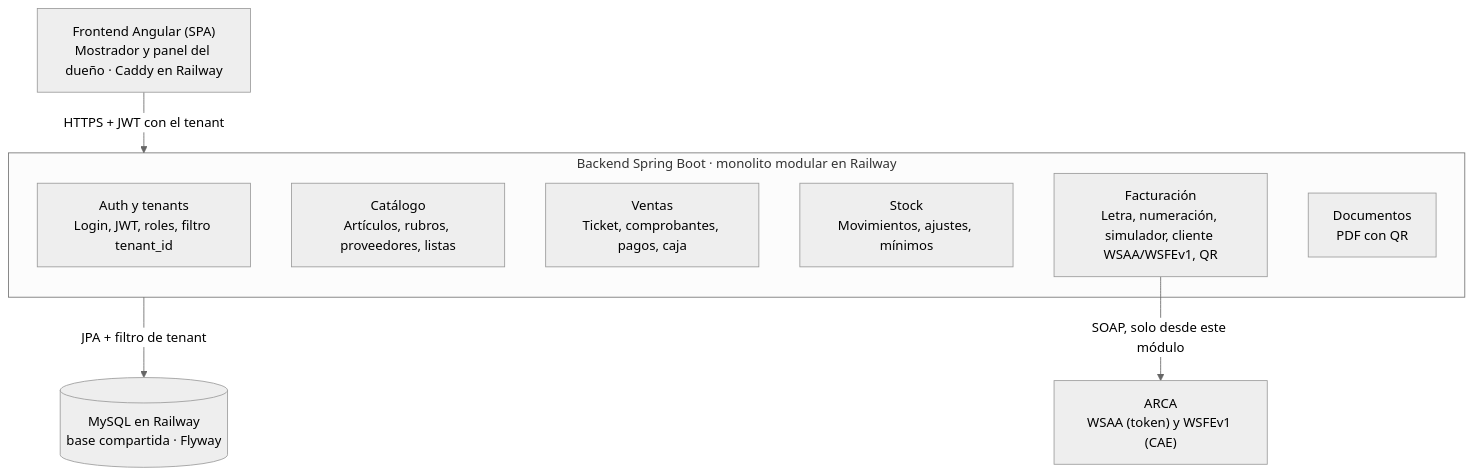
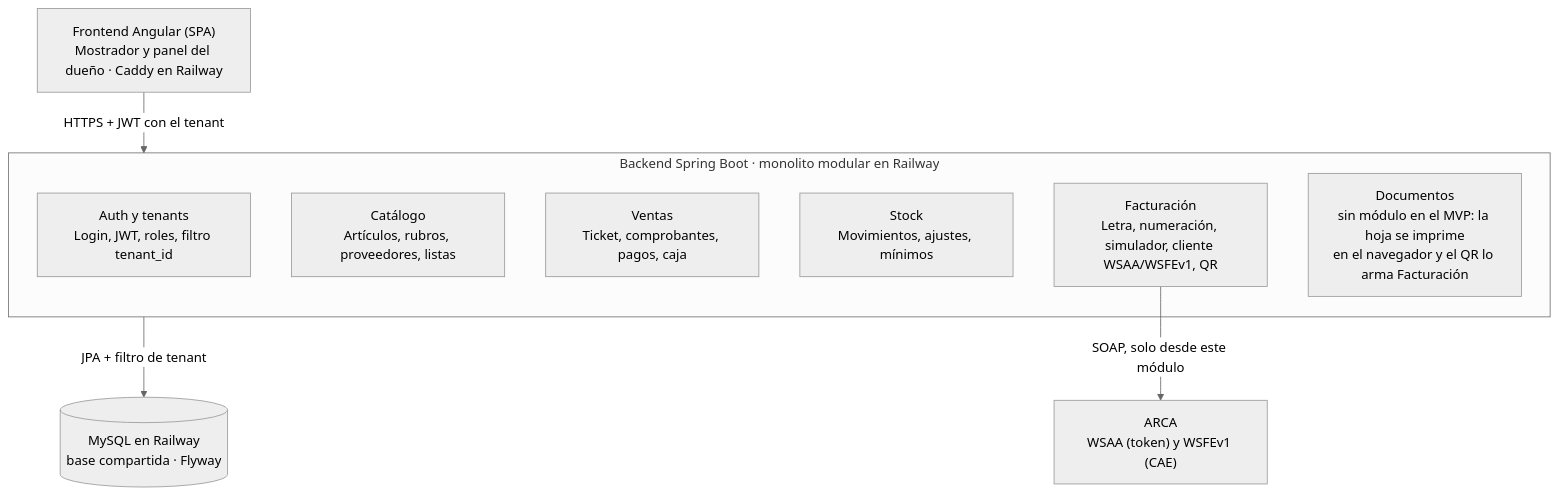
One commit to luca884/ferreteria changed the diagram in docs/spec.md. Above: the diagram before and after it, drawn with Mermaid (neutral theme). The commit also changed other lines of this file and 1 other file, not shown here.

Commit message:
docs: plan de cu-07-factura-mostrador y D6/D7 en la spec (impresión, reimpresión, CU-16 fiscal y QR con ZXing)

````diff
--- a/docs/spec.md
+++ b/docs/spec.md
@@ -464,17 +468,17 @@
 ```mermaid
 flowchart TB
     FE["Frontend Angular (SPA)<br/>Mostrador y panel del dueño · Caddy en Railway"]
     subgraph BE["Backend Spring Boot · monolito modular en Railway"]
         AUTH["Auth y tenants<br/>Login, JWT, roles, filtro tenant_id"]
         CAT["Catálogo<br/>Artículos, rubros, proveedores, listas"]
         VEN["Ventas<br/>Ticket, comprobantes, pagos, caja"]
         STK["Stock<br/>Movimientos, ajustes, mínimos"]
         FAC["Facturación<br/>Letra, numeración, simulador, cliente WSAA/WSFEv1, QR"]
-        DOC["Documentos<br/>PDF con QR"]
+        DOC["Documentos<br/>sin módulo en el MVP: la hoja se imprime<br/>en el navegador y el QR lo arma Facturación"]
     end
     DB[("MySQL en Railway<br/>base compartida · Flyway")]
     ARCA["ARCA<br/>WSAA (token) y WSFEv1 (CAE)"]
     FE -- "HTTPS + JWT con el tenant" --> BE
     BE -- "JPA + filtro de tenant" --> DB
     FAC -- "SOAP, solo desde este módulo" --> ARCA
 ```
````
